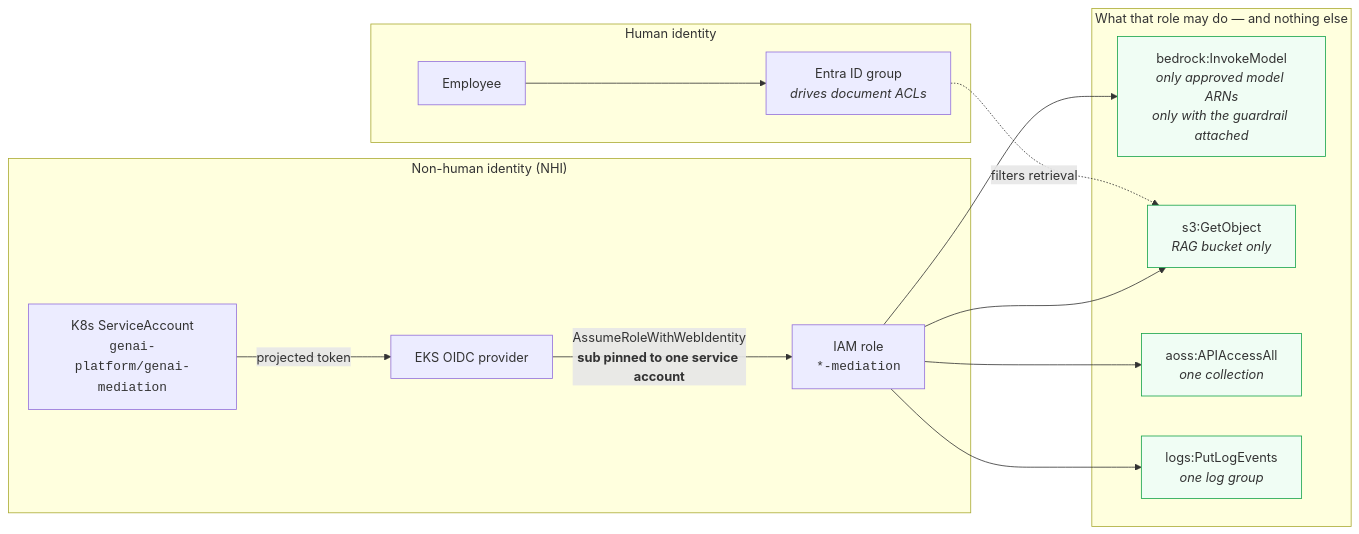
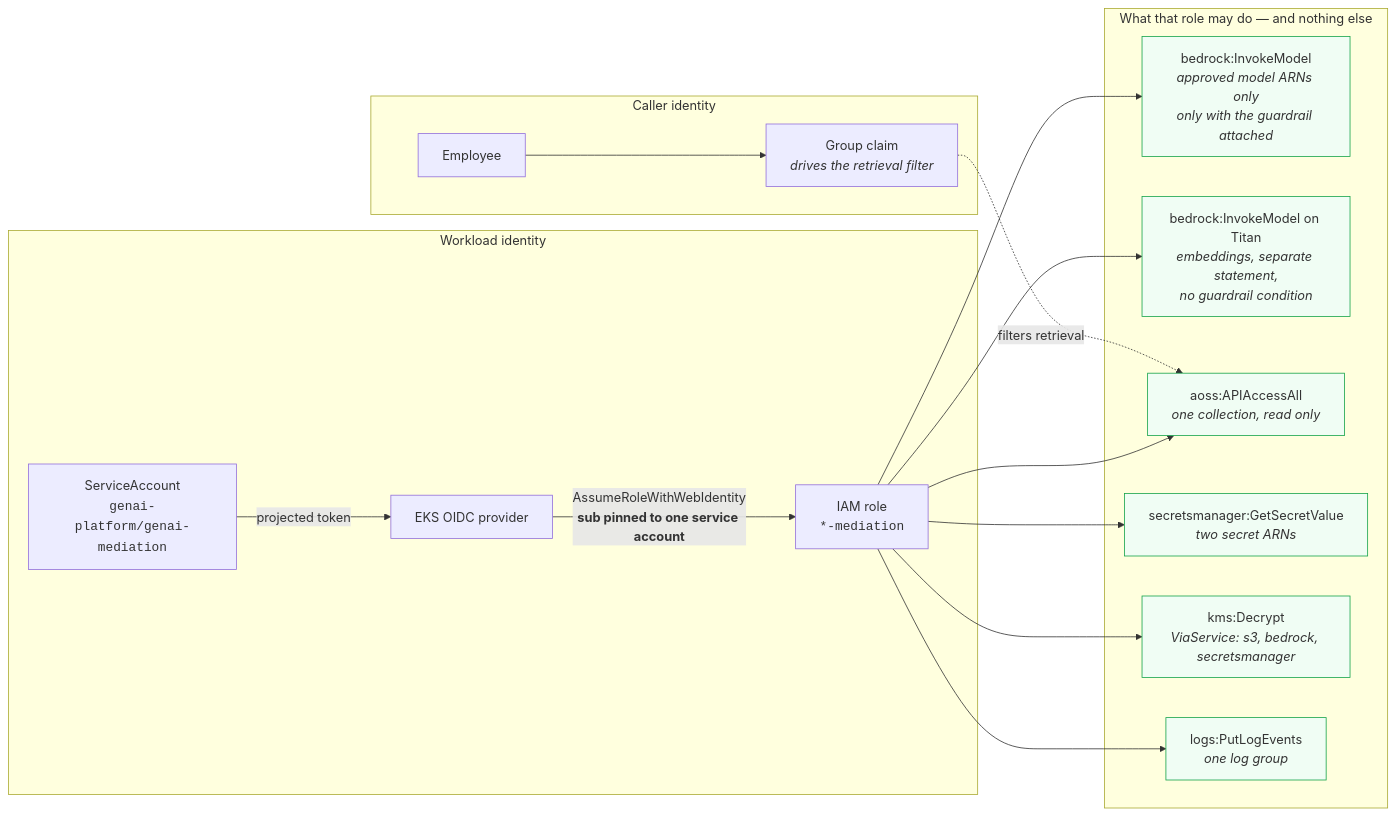
The third of 3 diagrams in docs/deliverables/diagram/architecture.md (spdy999/ai-sec), drawn with Mermaid before and after one commit. The commit also changed other lines of this file and 4 other files, not shown here.

Commit message:
docs(diagram): redraw the architecture against the deployed system

````diff
--- a/docs/deliverables/diagram/architecture.md
+++ b/docs/deliverables/diagram/architecture.md
@@ -153,35 +156,37 @@
 ```mermaid
 flowchart LR
-    subgraph human["Human identity"]
+    subgraph human["Caller identity"]
         emp["Employee"]
-        grp["Entra ID group<br/><i>drives document ACLs</i>"]
+        grp["Group claim<br/><i>drives the retrieval filter</i>"]
     end
 
-    subgraph nhi["Non-human identity (NHI)"]
-        sa["K8s ServiceAccount<br/><code>genai-platform/genai-mediation</code>"]
+    subgraph nhi["Workload identity"]
+        sa["ServiceAccount<br/><code>genai-platform/genai-mediation</code>"]
         oidc["EKS OIDC provider"]
         role["IAM role<br/><code>*-mediation</code>"]
     end
 
     subgraph perms["What that role may do — and nothing else"]
-        p1["bedrock:InvokeModel<br/><i>only approved model ARNs</i><br/><i>only with the guardrail attached</i>"]
-        p2["s3:GetObject<br/><i>RAG bucket only</i>"]
-        p3["aoss:APIAccessAll<br/><i>one collection</i>"]
-        p4["logs:PutLogEvents<br/><i>one log group</i>"]
+        p1["bedrock:InvokeModel<br/><i>approved model ARNs only</i><br/><i>only with the guardrail attached</i>"]
+        p2["bedrock:InvokeModel on Titan<br/><i>embeddings, separate statement,<br/>no guardrail condition</i>"]
+        p3["aoss:APIAccessAll<br/><i>one collection, read only</i>"]
+        p4["secretsmanager:GetSecretValue<br/><i>two secret ARNs</i>"]
+        p5["kms:Decrypt<br/><i>ViaService: s3, bedrock, secretsmanager</i>"]
+        p6["logs:PutLogEvents<br/><i>one log group</i>"]
     end
 
     emp --> grp
-    grp -.->|"filters retrieval"| p2
+    grp -.->|"filters retrieval"| p3
 
     sa -->|"projected token"| oidc
     oidc -->|"AssumeRoleWithWebIdentity<br/><b>sub pinned to one service account</b>"| role
     role --> p1
     role --> p2
     role --> p3
     role --> p4
+    role --> p5
+    role --> p6
 
-    classDef deny fill:#fef2f2,stroke:#dc2626,stroke-dasharray: 5 3,color:#7f1d1d
     classDef ok fill:#f0fdf4,stroke:#16a34a
-
-    class p1,p2,p3,p4 ok
+    class p1,p2,p3,p4,p5,p6 ok
 ```
````
